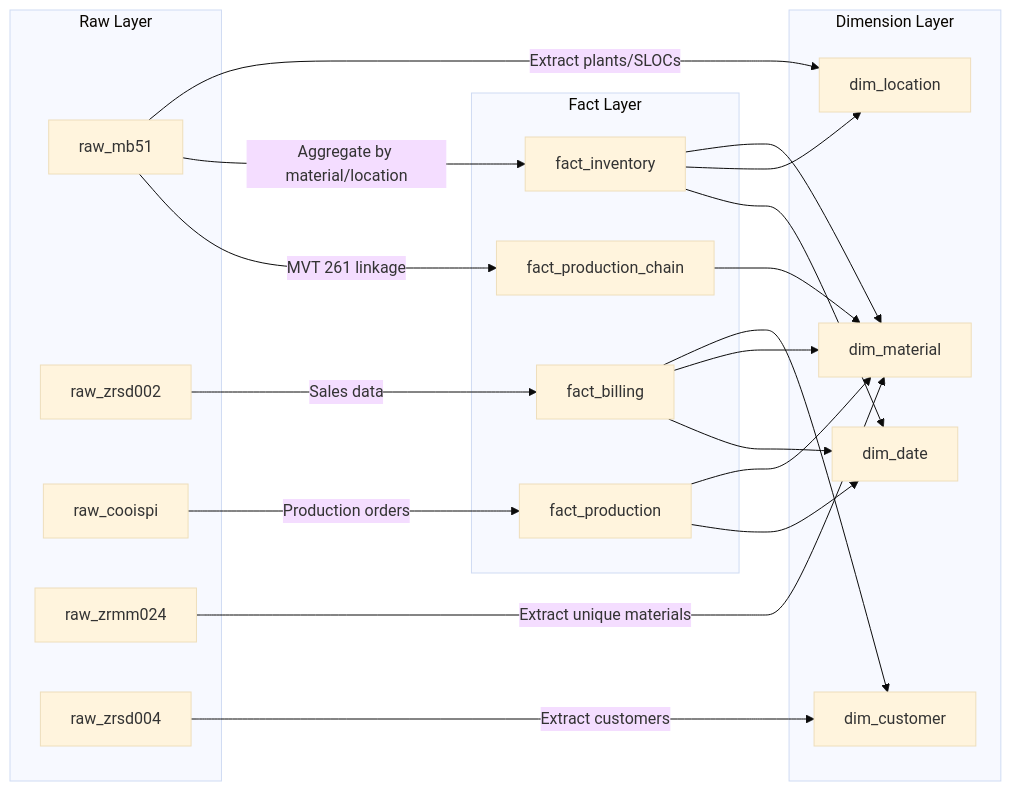
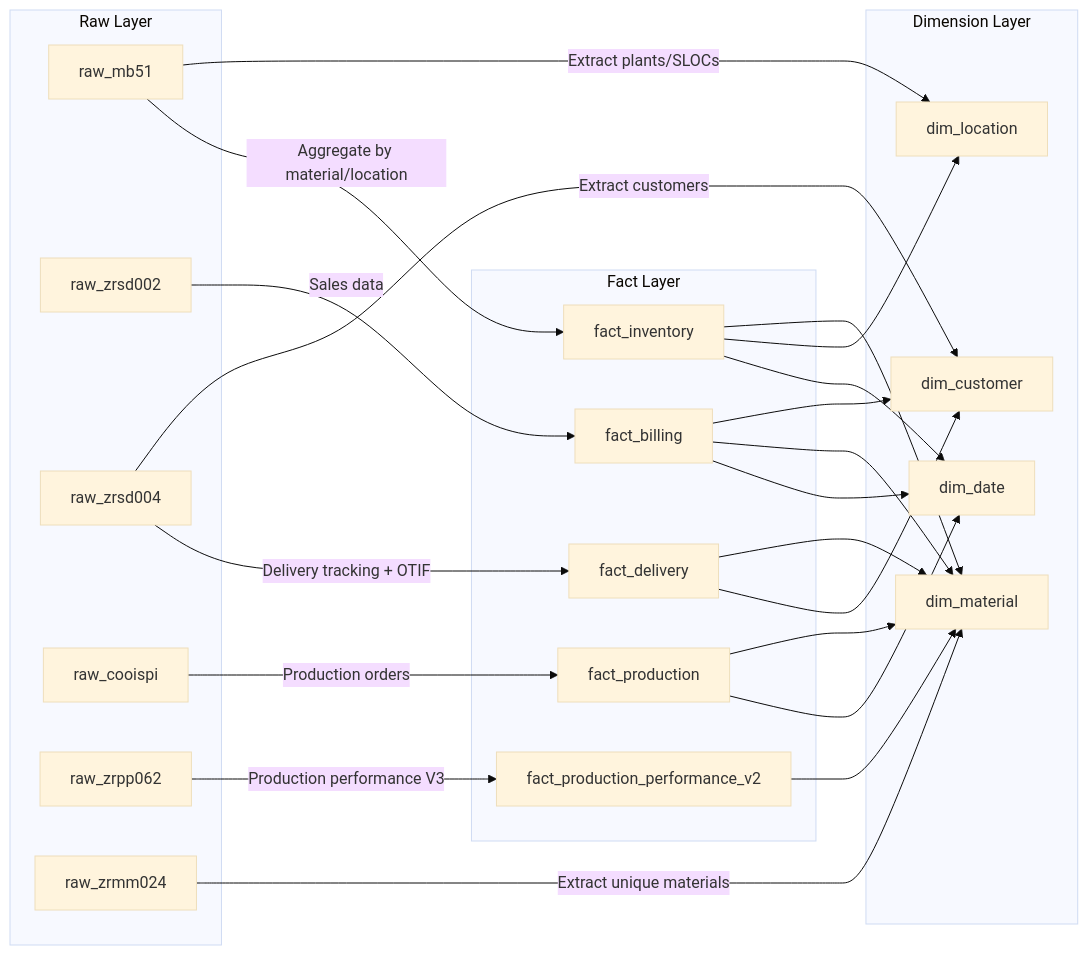
Before and after one commit to hotriluan/alkana-dashboard: the second of 2 diagrams in docs/DATABASE.md, drawn with Mermaid (base theme). The commit also changed other lines of this file and 41 other files, not shown here.

````diff
--- a/docs/DATABASE.md
+++ b/docs/DATABASE.md
@@ -539,45 +702,51 @@
 ```mermaid
 graph LR
     subgraph "Raw Layer"
         MB51[raw_mb51]
         ZRSD002[raw_zrsd002]
+        ZRSD004[raw_zrsd004]
         COOISPI[raw_cooispi]
+        ZRPP062[raw_zrpp062]
         ZRMM024[raw_zrmm024]
-        ZRSD004[raw_zrsd004]
     end
     
     subgraph "Dimension Layer"
         DimMaterial[dim_material]
         DimCustomer[dim_customer]
         DimLocation[dim_location]
         DimDate[dim_date]
     end
     
     subgraph "Fact Layer"
         FactInventory[fact_inventory]
         FactProduction[fact_production]
         FactBilling[fact_billing]
-        FactChain[fact_production_chain]
+        FactDelivery[fact_delivery]
+        FactPerfV2[fact_production_performance_v2]
     end
     
     ZRMM024 -->|Extract unique materials| DimMaterial
     ZRSD004 -->|Extract customers| DimCustomer
     MB51 -->|Extract plants/SLOCs| DimLocation
     
     MB51 -->|Aggregate by material/location| FactInventory
     FactInventory --> DimMaterial
     FactInventory --> DimLocation
     FactInventory --> DimDate
     
     COOISPI -->|Production orders| FactProduction
     FactProduction --> DimMaterial
     FactProduction --> DimDate
     
     ZRSD002 -->|Sales data| FactBilling
     FactBilling --> DimCustomer
     FactBilling --> DimMaterial
     FactBilling --> DimDate
     
-    MB51 -->|MVT 261 linkage| FactChain
-    FactChain --> DimMaterial
+    ZRSD004 -->|Delivery tracking + OTIF| FactDelivery
+    FactDelivery --> DimMaterial
+    FactDelivery --> DimCustomer
+    
+    ZRPP062 -->|Production performance V3| FactPerfV2
+    FactPerfV2 --> DimMaterial
 ```
````
